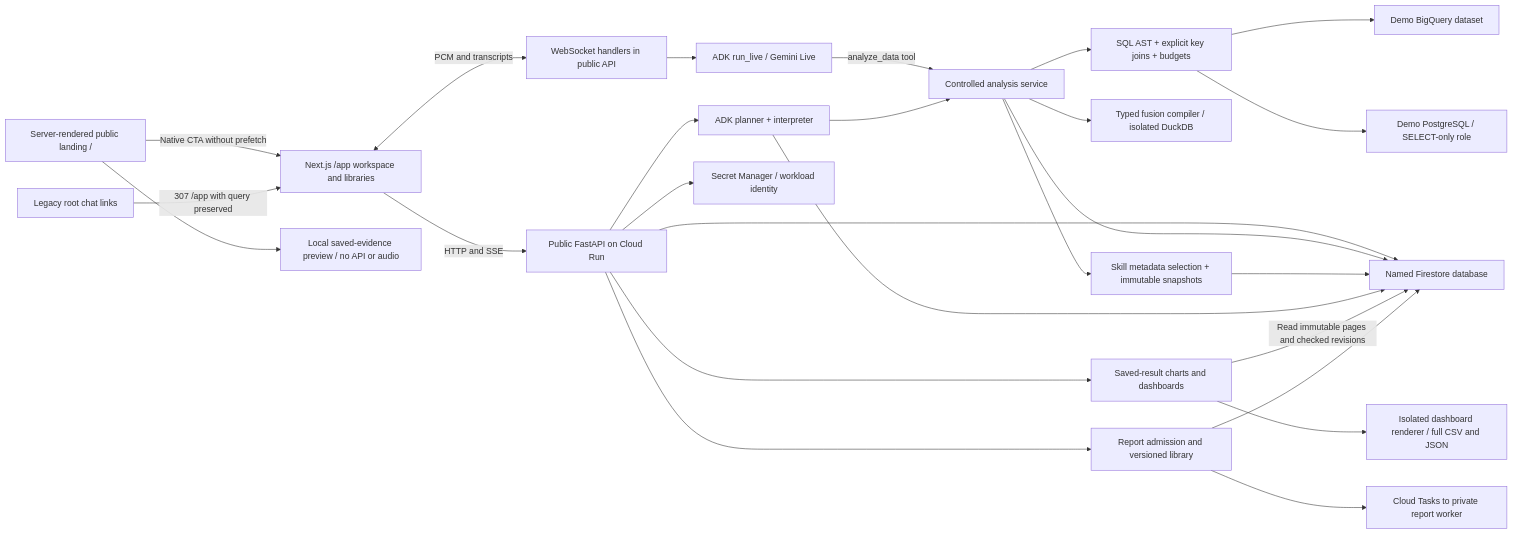
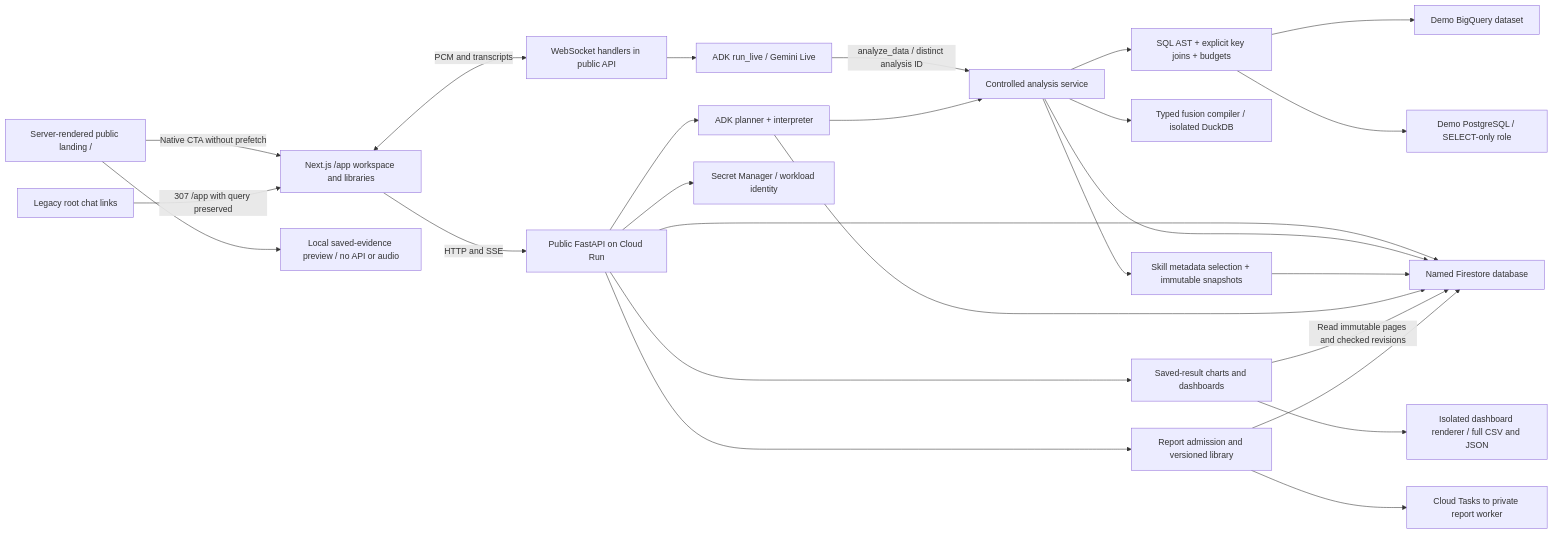
Before and after one commit to RusiruChathushanaka/querylane-agentic-bi: the first of 2 diagrams in docs/architecture.md, drawn with Mermaid. The commit also changed other lines of this file and 11 other files, not shown here.

Commit message:
Refresh architecture and Graphify documentation for analytics and voice fixes

````diff
--- a/docs/architecture.md
+++ b/docs/architecture.md
@@ -9,28 +9,28 @@
 ```mermaid
 flowchart LR
     Landing[Server-rendered public landing /] -->|Native CTA without prefetch| Browser[Next.js /app workspace and libraries]
     Landing --> Preview[Local saved-evidence preview / no API or audio]
     Legacy[Legacy root chat links] -->|307 /app with query preserved| Browser
     Browser -->|HTTP and SSE| API[Public FastAPI on Cloud Run]
     Browser <-->|PCM and transcripts| Voice[WebSocket handlers in public API]
     API --> ADK[ADK planner + interpreter]
     Voice --> Live[ADK run_live / Gemini Live]
-    Live -->|analyze_data tool| Analysis[Controlled analysis service]
+    Live -->|analyze_data / distinct analysis ID| Analysis[Controlled analysis service]
     ADK --> Analysis
     Analysis --> Guard[SQL AST + explicit key joins + budgets]
     Guard --> BQ[Demo BigQuery dataset]
     Guard --> PG[Demo PostgreSQL / SELECT-only role]
     Analysis --> Fusion[Typed fusion compiler / isolated DuckDB]
     API --> Store[Named Firestore database]
     Analysis --> Store
     Analysis --> Skills[Skill metadata selection + immutable snapshots]
     Skills --> Store
     ADK --> Store
     API --> Saved[Saved-result charts and dashboards]
     Saved -->|Read immutable pages and checked revisions| Store
     Saved --> Export[Isolated dashboard renderer / full CSV and JSON]
     API --> Reports[Report admission and versioned library]
     Reports --> Store
     Reports --> Dispatch[Cloud Tasks to private report worker]
     API --> Secrets[Secret Manager / workload identity]
 ```
````
